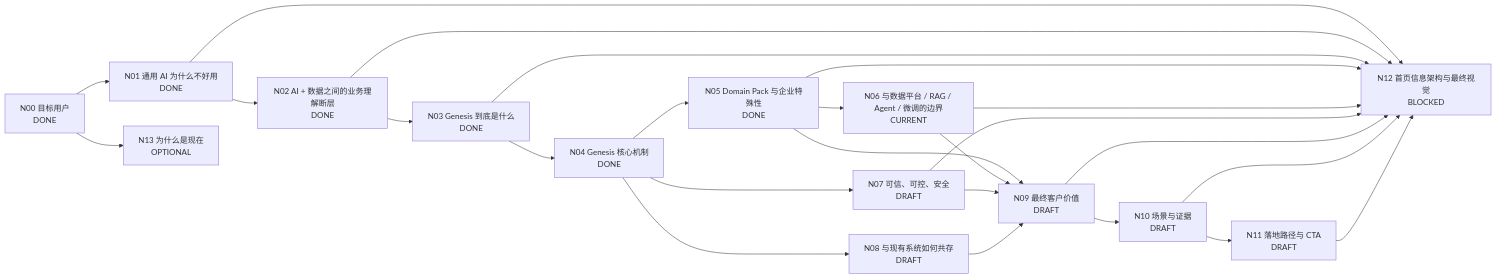
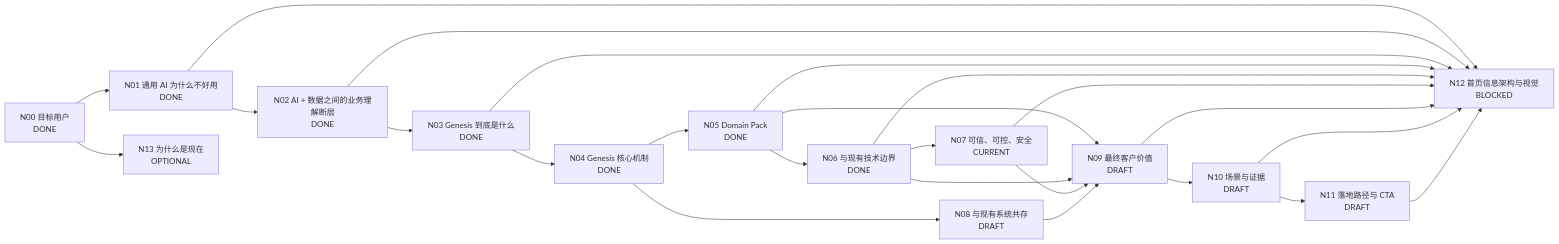
Before and after one commit to stevenge-godscode/stevenge-godscode.github.io: the diagram in docs/product-introduction-dag.md, drawn with Mermaid. The commit also changed other lines of this file, not shown here.

````diff
--- a/docs/product-introduction-dag.md
+++ b/docs/product-introduction-dag.md
@@ -25,36 +26,35 @@
 ```mermaid
 flowchart LR
     N00["N00 目标用户\nDONE"]
     N01["N01 通用 AI 为什么不好用\nDONE"]
     N02["N02 AI + 数据之间的业务理解断层\nDONE"]
     N03["N03 Genesis 到底是什么\nDONE"]
     N04["N04 Genesis 核心机制\nDONE"]
-    N05["N05 Domain Pack 与企业特殊性\nDONE"]
-    N06["N06 与数据平台 / RAG / Agent / 微调的边界\nCURRENT"]
-    N07["N07 可信、可控、安全\nDRAFT"]
-    N08["N08 与现有系统如何共存\nDRAFT"]
+    N05["N05 Domain Pack\nDONE"]
+    N06["N06 与现有技术边界\nDONE"]
+    N07["N07 可信、可控、安全\nCURRENT"]
+    N08["N08 与现有系统共存\nDRAFT"]
     N09["N09 最终客户价值\nDRAFT"]
     N10["N10 场景与证据\nDRAFT"]
     N11["N11 落地路径与 CTA\nDRAFT"]
-    N12["N12 首页信息架构与最终视觉\nBLOCKED"]
+    N12["N12 首页信息架构与视觉\nBLOCKED"]
     N13["N13 为什么是现在\nOPTIONAL"]
 
-    N00 --> N01 --> N02 --> N03 --> N04 --> N05 --> N06
-    N04 --> N07
+    N00 --> N01 --> N02 --> N03 --> N04 --> N05 --> N06 --> N07
     N04 --> N08
     N05 --> N09
     N06 --> N09
     N07 --> N09
     N08 --> N09
     N09 --> N10 --> N11
     N01 --> N12
     N02 --> N12
     N03 --> N12
     N05 --> N12
     N06 --> N12
     N07 --> N12
     N09 --> N12
     N10 --> N12
     N11 --> N12
     N00 --> N13
 ```
````
